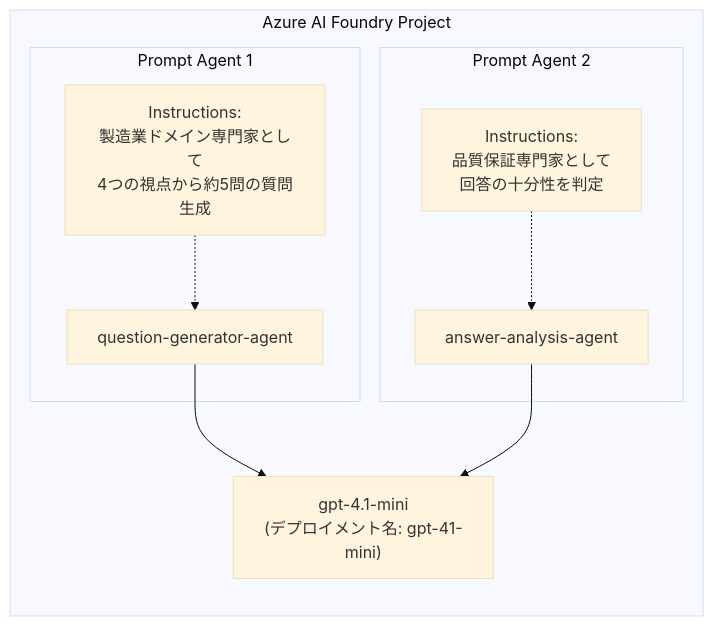
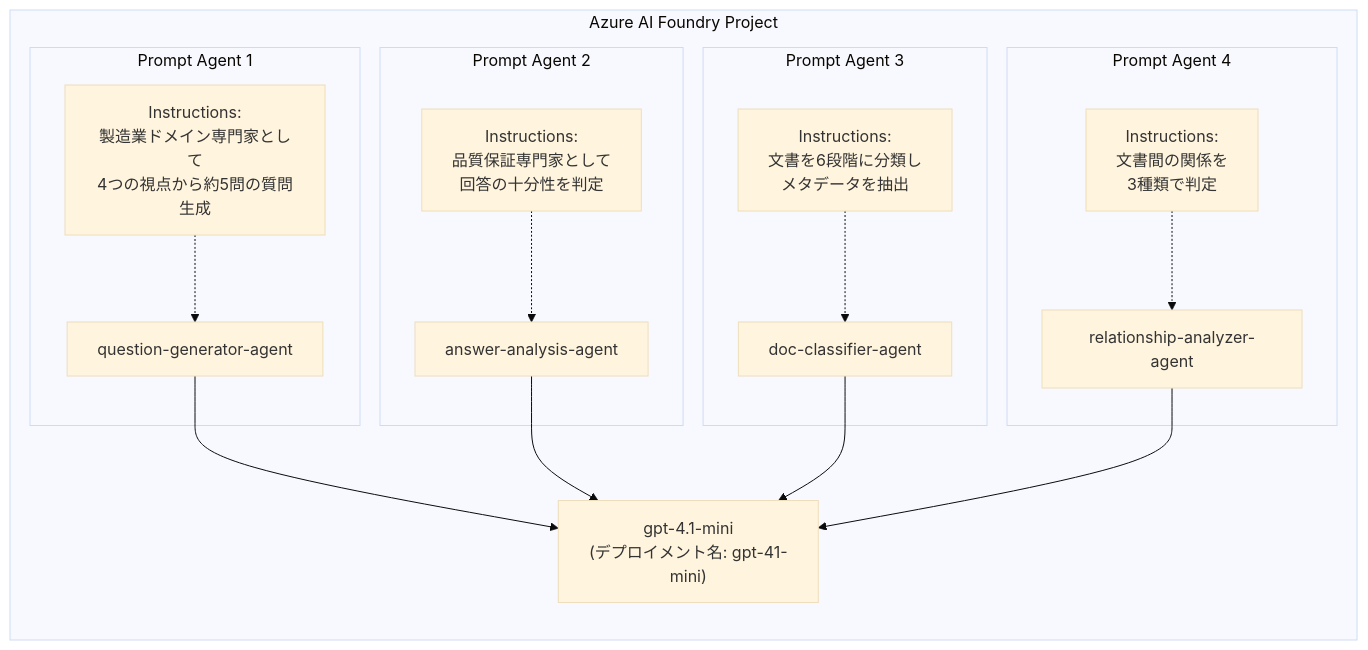
One commit to hatasaki/Manufacturing-Intelligent-Document-Management changed the sixth of 20 diagrams in docs/ARCHITECTURE.md. Above: the diagram before and after it, drawn with Mermaid (base theme). The commit also changed other lines of this file and 15 other files, not shown here.

````diff
--- a/docs/ARCHITECTURE.md
+++ b/docs/ARCHITECTURE.md
@@ -238,19 +260,31 @@
 ```mermaid
 graph LR
     subgraph "Azure AI Foundry Project"
         subgraph "Prompt Agent 1"
             QG["question-generator-agent"]
             QG_INST["Instructions:<br/>製造業ドメイン専門家として<br/>4つの視点から約5問の質問生成"]
         end
         subgraph "Prompt Agent 2"
             AA["answer-analysis-agent"]
             AA_INST["Instructions:<br/>品質保証専門家として<br/>回答の十分性を判定"]
         end
+        subgraph "Prompt Agent 3"
+            DC["doc-classifier-agent"]
+            DC_INST["Instructions:<br/>文書を6段階に分類し<br/>メタデータを抽出"]
+        end
+        subgraph "Prompt Agent 4"
+            RA["relationship-analyzer-agent"]
+            RA_INST["Instructions:<br/>文書間の関係を<br/>3種類で判定"]
+        end
         MODEL["gpt-4.1-mini<br/>(デプロイメント名: gpt-41-mini)"]
     end
 
     QG --> MODEL
     AA --> MODEL
+    DC --> MODEL
+    RA --> MODEL
     QG_INST -.-> QG
     AA_INST -.-> AA
+    DC_INST -.-> DC
+    RA_INST -.-> RA
 ```
````
